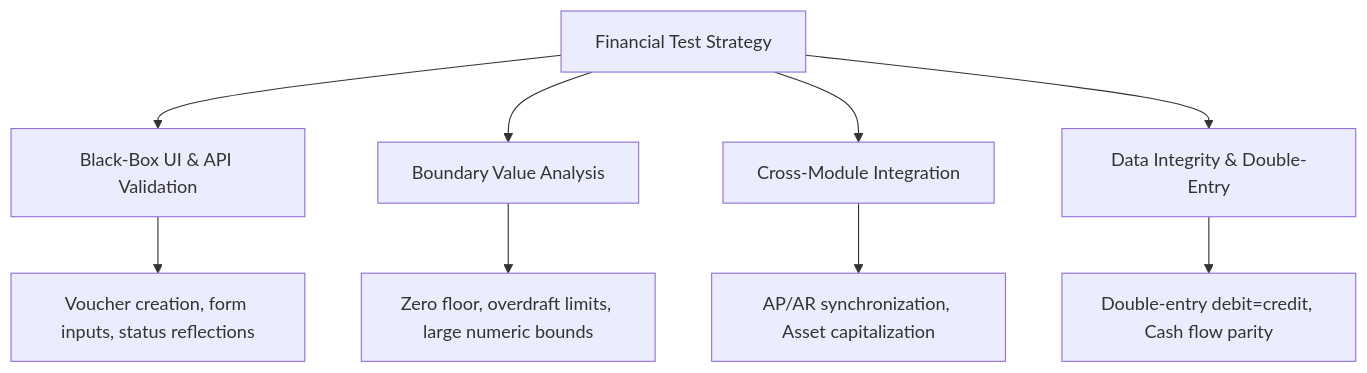
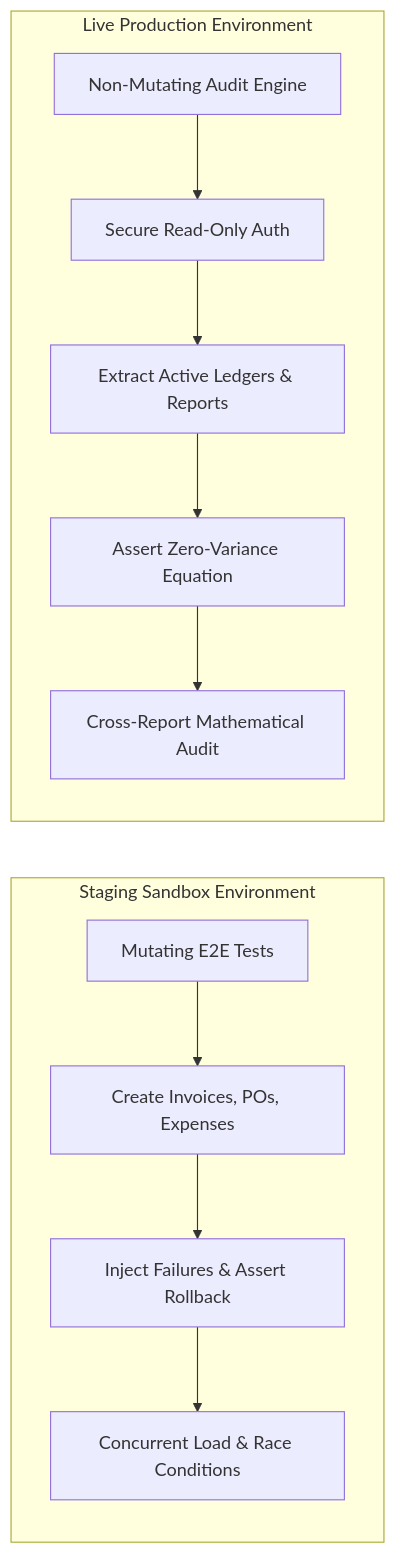
Before and after one commit to naimuropu-cell/bizpos-qa-audit-framework: the diagram in 01-test-strategy-and-plan/Test_Plan_BizPOS.md, drawn with Mermaid. The commit also changed other lines of this file, not shown here.

Commit message:
docs: update master test plan with RACI matrix and quality gates

````diff
--- a/01-test-strategy-and-plan/Test_Plan_BizPOS.md
+++ b/01-test-strategy-and-plan/Test_Plan_BizPOS.md
@@ -57,12 +128,15 @@
 ```mermaid
-flowchart TD
-    A[Financial Test Strategy] --> B[Black-Box UI & API Validation]
-    A --> C[Boundary Value Analysis]
-    A --> D[Cross-Module Integration]
-    A --> E[Data Integrity & Double-Entry]
-    
-    B --> B1[Voucher creation, form inputs, status reflections]
-    C --> C1[Zero floor, overdraft limits, large numeric bounds]
-    D --> D1[AP/AR synchronization, Asset capitalization]
-    E --> E1[Double-entry debit=credit, Cash flow parity]
+flowchart LR
+    subgraph Staging Sandbox Environment
+        S_RUN[Mutating E2E Tests] --> S_POST[Create Invoices, POs, Expenses]
+        S_POST --> S_ROLL[Inject Failures & Assert Rollback]
+        S_ROLL --> S_STRESS[Concurrent Load & Race Conditions]
+    end
+
+    subgraph Live Production Environment
+        P_RUN[Non-Mutating Audit Engine] --> P_AUTH[Secure Read-Only Auth]
+        P_AUTH --> P_FETCH[Extract Active Ledgers & Reports]
+        P_FETCH --> P_PARITY[Assert Zero-Variance Equation]
+        P_PARITY --> P_MATRIX[Cross-Report Mathematical Audit]
+    end
 ```
````
